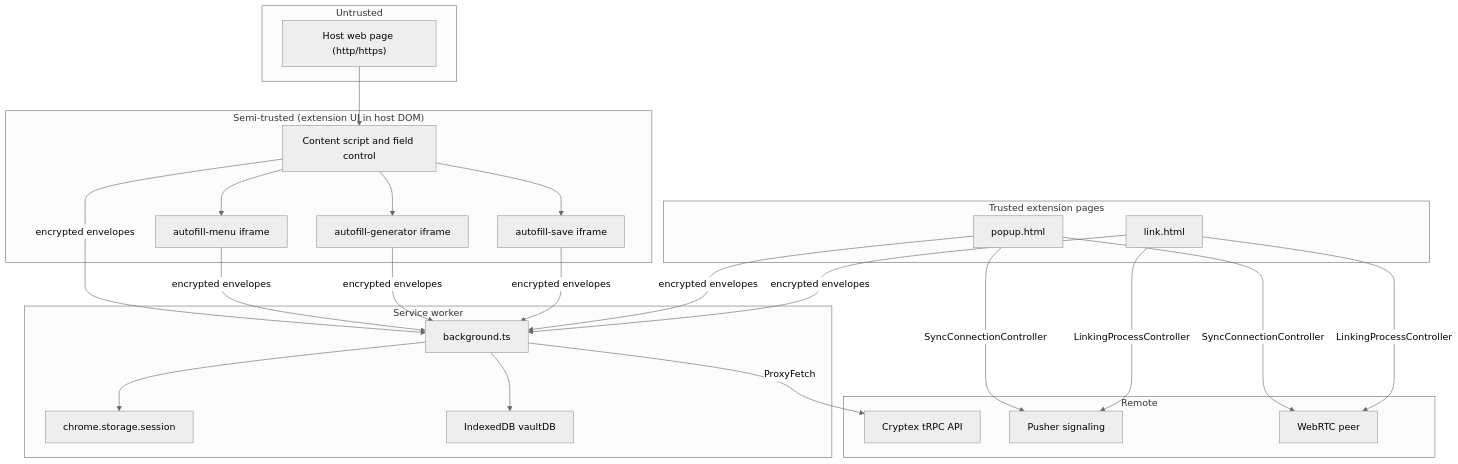
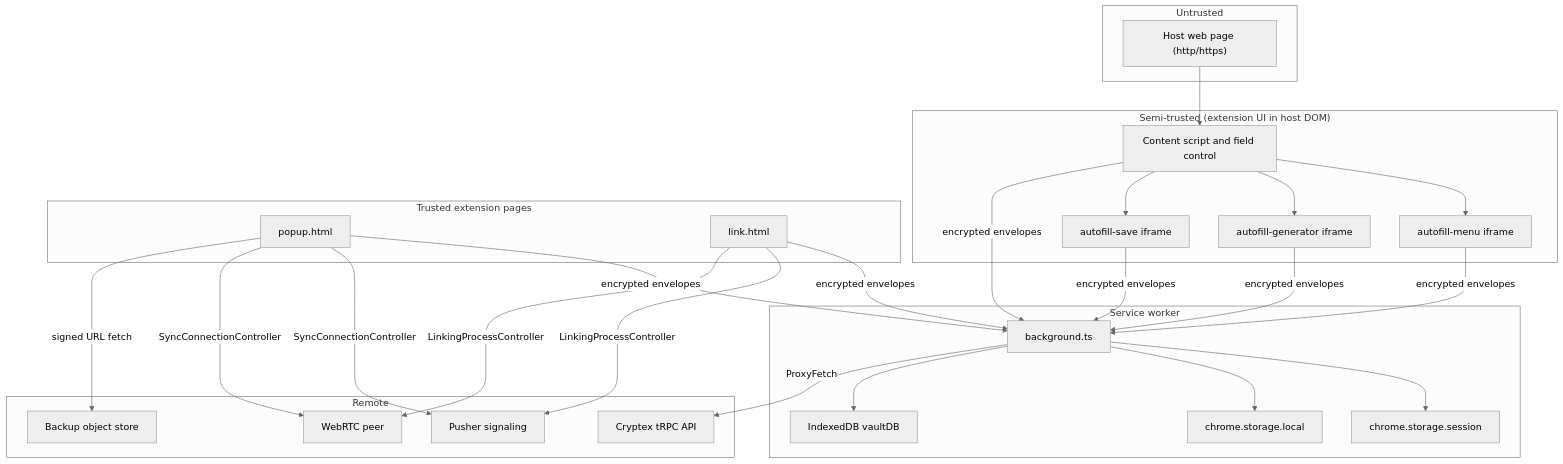
One commit to CryptexIndustries/vault-web changed the diagram in extension/docs/architecture/overview.md. Above: the diagram before and after it, drawn with Mermaid (neutral theme). The commit also changed other lines of this file and 25 other files, not shown here.

Commit message:
feat(ext): enhance backup functionality with local encrypted backup creation and management, including IndexedDB staging and popup integration

````diff
--- a/extension/docs/architecture/overview.md
+++ b/extension/docs/architecture/overview.md
@@ -9,38 +9,41 @@
 ```mermaid
 flowchart TB
     subgraph untrusted["Untrusted"]
         HostPage["Host web page (http/https)"]
     end
 
     subgraph semi["Semi-trusted (extension UI in host DOM)"]
         CS["Content script and field control"]
         Menu["autofill-menu iframe"]
         Gen["autofill-generator iframe"]
         Save["autofill-save iframe"]
     end
 
     subgraph trusted["Trusted extension pages"]
         Popup["popup.html"]
         Link["link.html"]
     end
 
     subgraph sw["Service worker"]
         BG["background.ts"]
-        Store["chrome.storage.session"]
+        Session["chrome.storage.session"]
+        Local["chrome.storage.local"]
         IDB["IndexedDB vaultDB"]
     end
 
     subgraph remote["Remote"]
         API["Cryptex tRPC API"]
+        ObjStore["Backup object store"]
         Pusher["Pusher signaling"]
         Peer["WebRTC peer"]
     end
 
     HostPage --> CS
     CS --> Menu & Gen & Save
     CS & Menu & Gen & Save & Popup & Link -->|encrypted envelopes| BG
     Popup -->|SyncConnectionController| Pusher & Peer
+    Popup -->|signed URL fetch| ObjStore
     Link -->|LinkingProcessController| Pusher & Peer
-    BG --> Store & IDB
+    BG --> Session & Local & IDB
     BG -->|ProxyFetch| API
 ```
````
